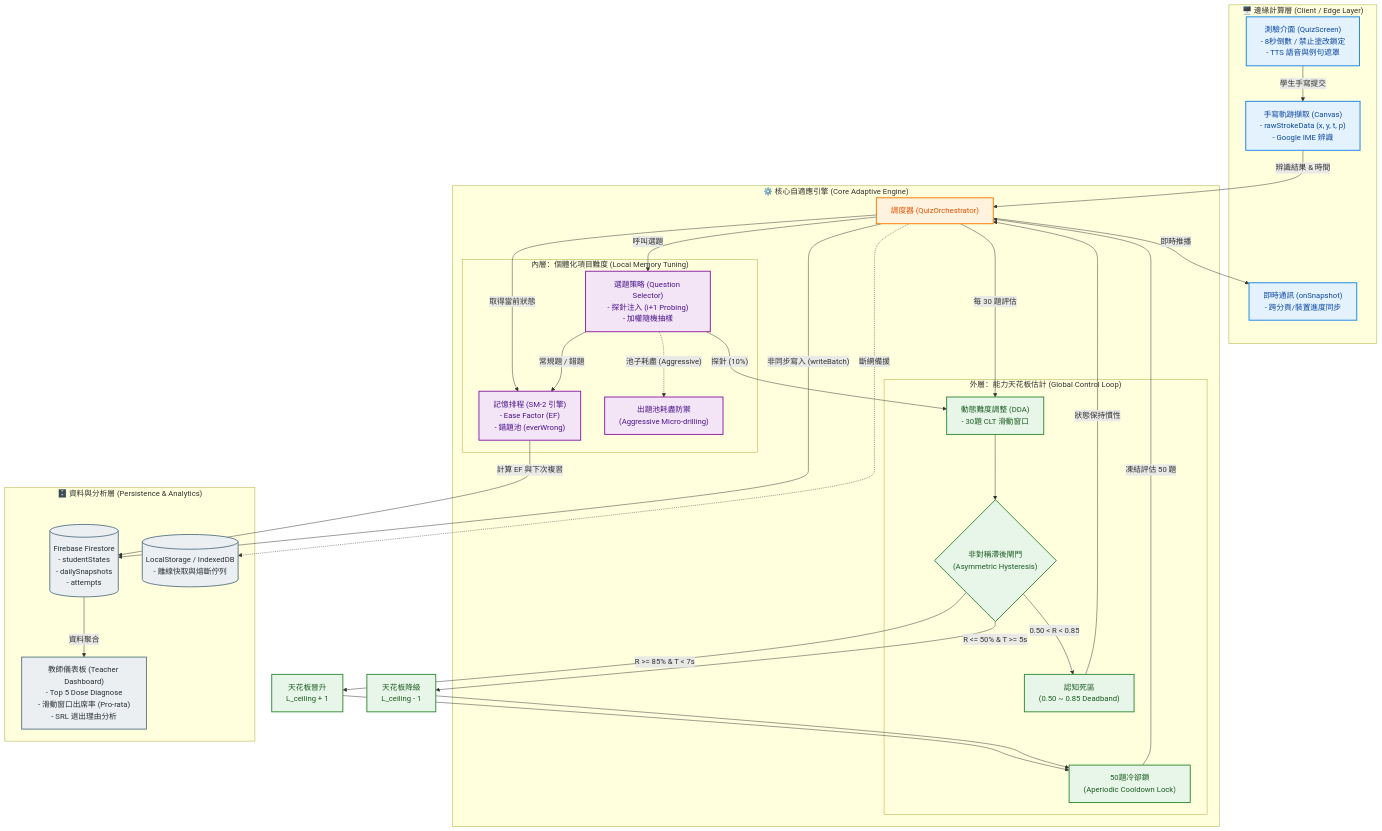
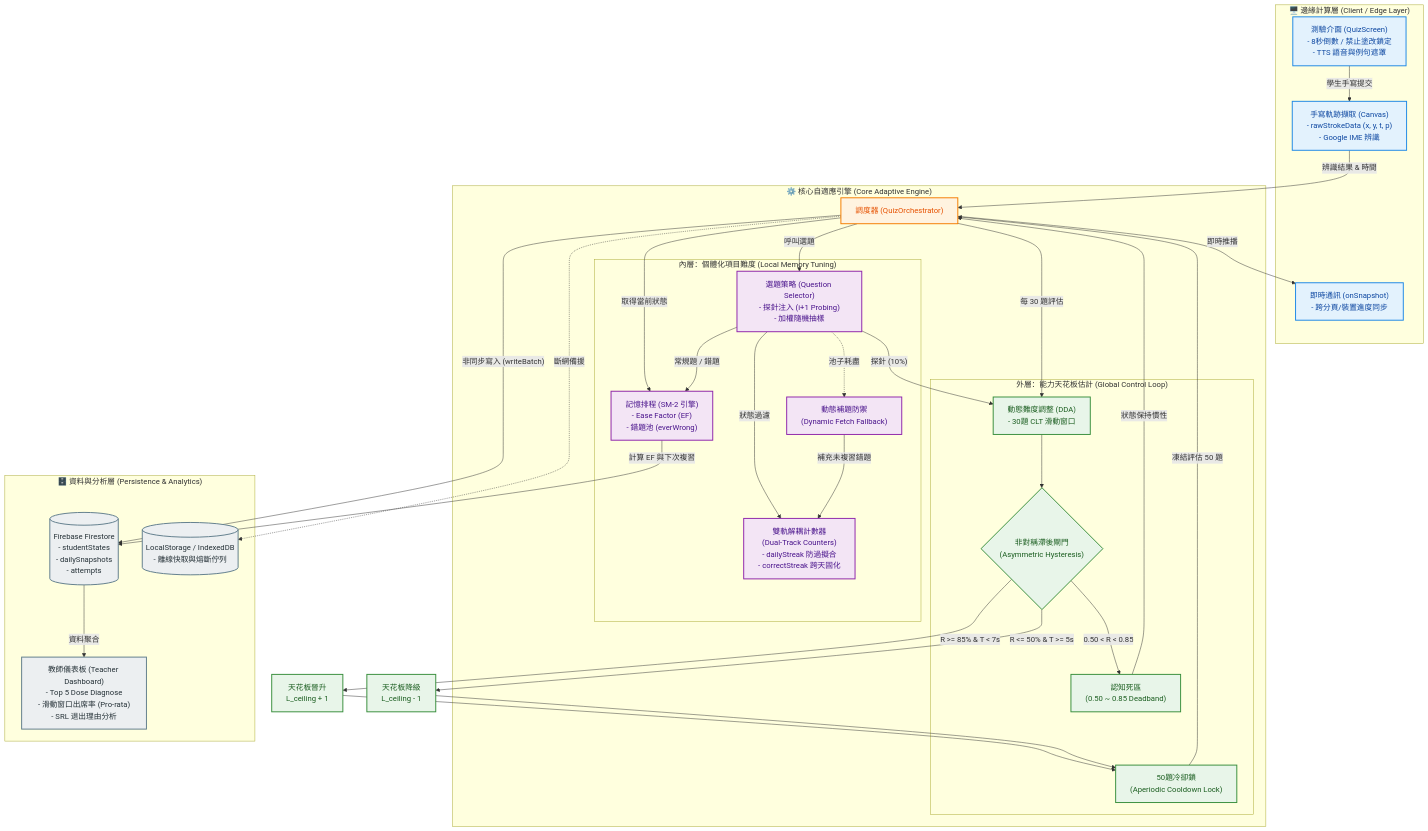
The diagram in ALGORITHM.md (ylin3-learner/vocab-handwriting-trainer), drawn with Mermaid before and after one commit. The commit also changed other lines of this file, not shown here.

First line of the commit message:
docs(algorithm): update whitepaper with dual-track decoupled micro-drilling

````diff
--- a/ALGORITHM.md
+++ b/ALGORITHM.md
@@ -29,76 +29,79 @@
 ```mermaid
 graph TD
     %% 定義節點樣式
     classDef client fill:#e3f2fd,stroke:#1e88e5,stroke-width:2px,color:#0d47a1
     classDef core fill:#fff3e0,stroke:#f57c00,stroke-width:2px,color:#e65100
     classDef dda fill:#e8f5e9,stroke:#388e3c,stroke-width:2px,color:#1b5e20
     classDef sm2 fill:#f3e5f5,stroke:#8e24aa,stroke-width:2px,color:#4a148c
     classDef data fill:#eceff1,stroke:#607d8b,stroke-width:2px,color:#263238
     classDef exception fill:#ffebee,stroke:#d32f2f,stroke-width:2px,color:#b71c1c
 
     subgraph Client_Layer ["🖥️ 邊緣計算層 (Client / Edge Layer)"]
         UI["測驗介面 (QuizScreen)<br/>- 8秒倒數 / 禁止塗改鎖定<br/>- TTS 語音與例句遮罩"]
         Canvas["手寫軌跡擷取 (Canvas)<br/>- rawStrokeData (x, y, t, p)<br/>- Google IME 辨識"]
         Sync["即時通訊 (onSnapshot)<br/>- 跨分頁/裝置進度同步"]
     end
 
     subgraph Core_Engine ["⚙️ 核心自適應引擎 (Core Adaptive Engine)"]
         Orchestrator["調度器 (QuizOrchestrator)"]
         
         subgraph Outer_Loop ["外層：能力天花板估計 (Global Control Loop)"]
             DDA["動態難度調整 (DDA)<br/>- 30題 CLT 滑動窗口"]
             Gate{"非對稱滯後閘門<br/>(Asymmetric Hysteresis)"}
             Cooldown["50題冷卻鎖<br/>(Aperiodic Cooldown Lock)"]
             Deadband["認知死區<br/>(0.50 ~ 0.85 Deadband)"]
         end
 
         subgraph Inner_Loop ["內層：個體化項目難度 (Local Memory Tuning)"]
             Selector["選題策略 (Question Selector)<br/>- 探針注入 (i+1 Probing)<br/>- 加權隨機抽樣"]
             SM2["記憶排程 (SM-2 引擎)<br/>- Ease Factor (EF)<br/>- 錯題池 (everWrong)"]
-            Fallback["出題池耗盡防禦<br/>(Aggressive Micro-drilling)"]
+            DualTrack["雙軌解耦計數器<br/>(Dual-Track Counters)<br/>- dailyStreak 防過擬合<br/>- correctStreak 跨天固化"]
+            Fallback["動態補題防禦<br/>(Dynamic Fetch Fallback)"]
         end
     end
 
     subgraph Data_Layer ["🗄️ 資料與分析層 (Persistence & Analytics)"]
         Firestore[("Firebase Firestore<br/>- studentStates<br/>- dailySnapshots<br/>- attempts")]
         LocalCache[("LocalStorage / IndexedDB<br/>- 離線快取與熔斷佇列")]
         Dashboard["教師儀表板 (Teacher Dashboard)<br/>- Top 5 Dose Diagnose<br/>- 滑動窗口出席率 (Pro-rata)<br/>- SRL 退出理由分析"]
     end
 
-    %% 連線與資料流
+    %% 連線邏輯
     UI -->|學生手寫提交| Canvas
     Canvas -->|辨識結果 & 時間| Orchestrator
     
     Orchestrator -->|取得當前狀態| SM2
     SM2 -->|計算 EF 與下次複習| Firestore
     
     Orchestrator -->|呼叫選題| Selector
     Selector -->|"探針 (10%)"| DDA
     Selector -->|"常規題 / 錯題"| SM2
-    Selector -.->|"池子耗盡 (Aggressive)"| Fallback
+    Selector -.->|"池子耗盡"| Fallback
+    Selector -->|"狀態過濾"| DualTrack
+    Fallback -->|"補充未複習錯題"| DualTrack
     
     Orchestrator -->|每 30 題評估| DDA
     DDA --> Gate
     
     Gate -->|"R >= 85% & T < 7s"| Upgrade["天花板晉升<br/>L_ceiling + 1"]
     Gate -->|"R <= 50% & T >= 5s"| Downgrade["天花板降級<br/>L_ceiling - 1"]
     Gate -->|"0.50 < R < 0.85"| Deadband
     
     Upgrade --> Cooldown
     Downgrade --> Cooldown
     
     Cooldown -->|"凍結評估 50 題"| Orchestrator
     Deadband -->|"狀態保持慣性"| Orchestrator
     
     Orchestrator -->|"非同步寫入 (writeBatch)"| Firestore
     Orchestrator -->|"即時推播"| Sync
     Firestore -->|"資料聚合"| Dashboard
     Orchestrator -.->|"斷網備援"| LocalCache
 
     %% 套用樣式
     class UI,Canvas,Sync client
     class Orchestrator core
     class DDA,Gate,Cooldown,Deadband,Upgrade,Downgrade dda
-    class Selector,SM2,Fallback sm2
+    class Selector,SM2,Fallback,DualTrack sm2
     class Firestore,LocalCache,Dashboard data
 ```
````
